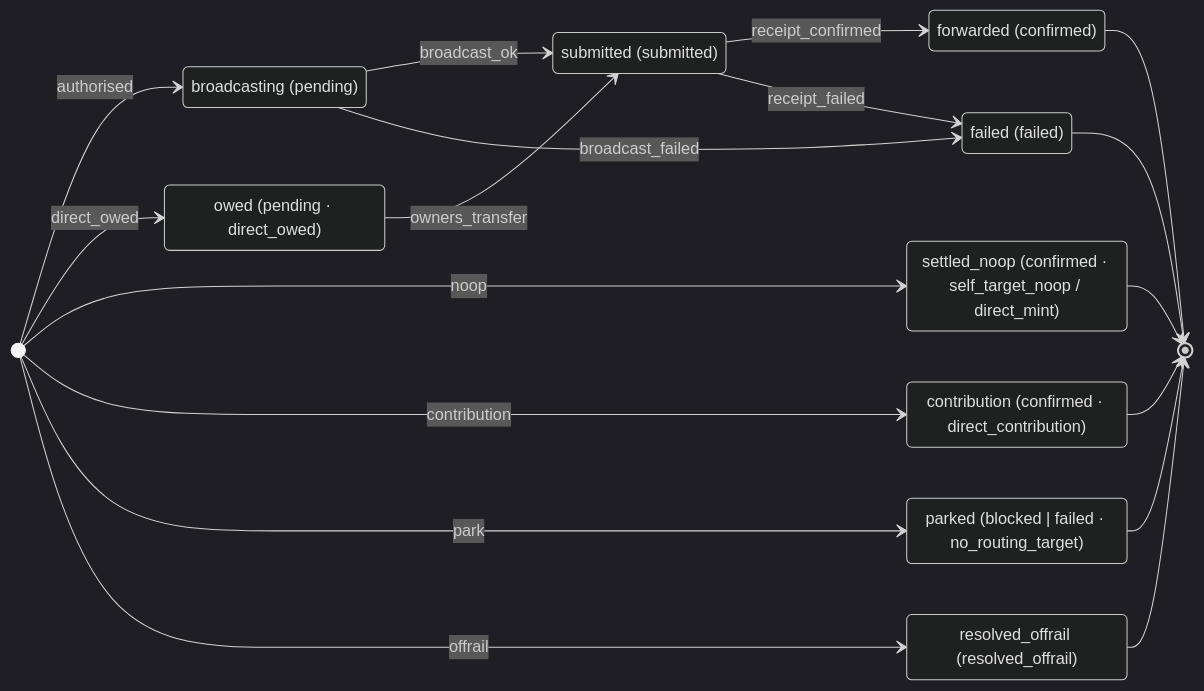
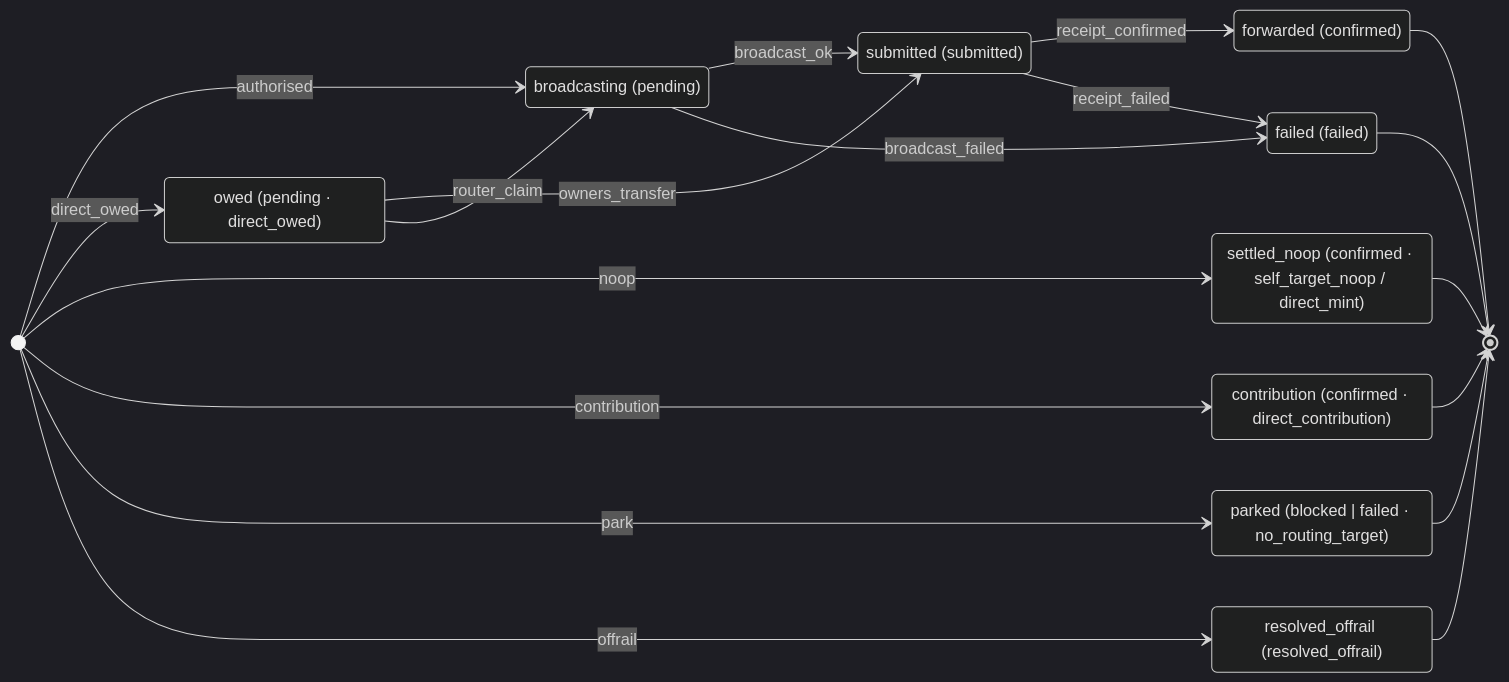
The first of 2 diagrams in docs/state-machines.md (domovinatv/pay.domovina.ai), drawn with Mermaid (dark theme) before and after one commit. The commit also changed 10 other files, not shown here.

````diff
--- a/docs/state-machines.md
+++ b/docs/state-machines.md
@@ -26,30 +26,31 @@
 ```mermaid
 stateDiagram-v2
   direction LR
   state "broadcasting (pending)" as broadcasting
   state "owed (pending · direct_owed)" as owed
   state "submitted (submitted)" as submitted
   state "forwarded (confirmed)" as forwarded
   state "settled_noop (confirmed · self_target_noop / direct_mint)" as settled_noop
   state "contribution (confirmed · direct_contribution)" as contribution
   state "parked (blocked | failed · no_routing_target)" as parked
   state "failed (failed)" as failed
   state "resolved_offrail (resolved_offrail)" as resolved_offrail
   [*] --> broadcasting: authorised
   [*] --> owed: direct_owed
   [*] --> settled_noop: noop
   [*] --> contribution: contribution
   [*] --> parked: park
   [*] --> resolved_offrail: offrail
   broadcasting --> submitted: broadcast_ok
   broadcasting --> failed: broadcast_failed
   owed --> submitted: owners_transfer
+  owed --> broadcasting: router_claim
   submitted --> forwarded: receipt_confirmed
   submitted --> failed: receipt_failed
   forwarded --> [*]
   settled_noop --> [*]
   contribution --> [*]
   parked --> [*]
   failed --> [*]
   resolved_offrail --> [*]
 ```
````
